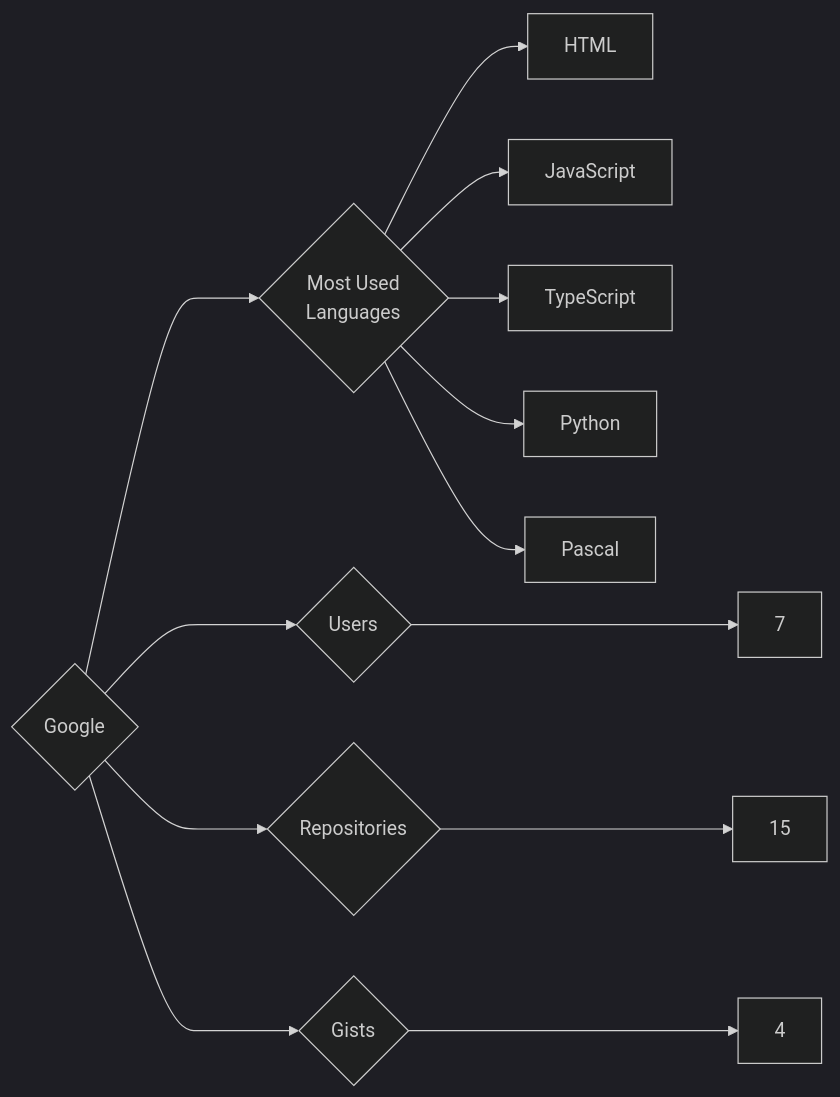
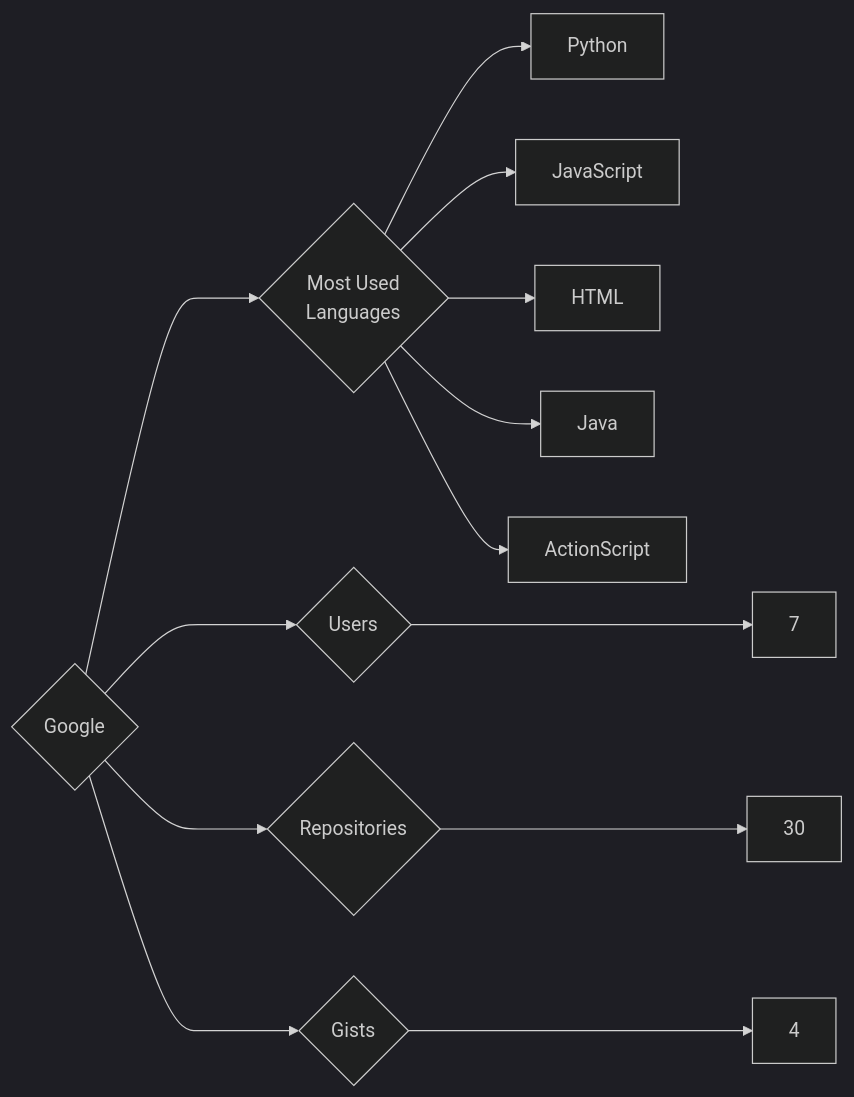
One commit to trickest/insiders changed the diagram in targets/Google/README.md. Above: the diagram before and after it, drawn with Mermaid (dark theme). The commit also changed 840 other files, not shown here.

````diff
--- a/targets/Google/README.md
+++ b/targets/Google/README.md
@@ -3,13 +3,13 @@
 ```mermaid
 graph LR
 COMPANY_NAME{Google}
 COMPANY_NAME ---> U{Users} ---> UN[7]
-COMPANY_NAME ---> R{Repositories} ---> RN[15]
+COMPANY_NAME ---> R{Repositories} ---> RN[30]
 COMPANY_NAME ---> G{Gists} ---> GN[4]
 COMPANY_NAME ---> ML{Most Used<br>Languages}
+ML --> Python[Python]
+ML --> JavaScript[JavaScript]
 ML --> HTML[HTML]
-ML --> JavaScript[JavaScript]
-ML --> TypeScript[TypeScript]
-ML --> Python[Python]
-ML --> Pascal[Pascal]
+ML --> Java[Java]
+ML --> ActionScript[ActionScript]
 ```
````
